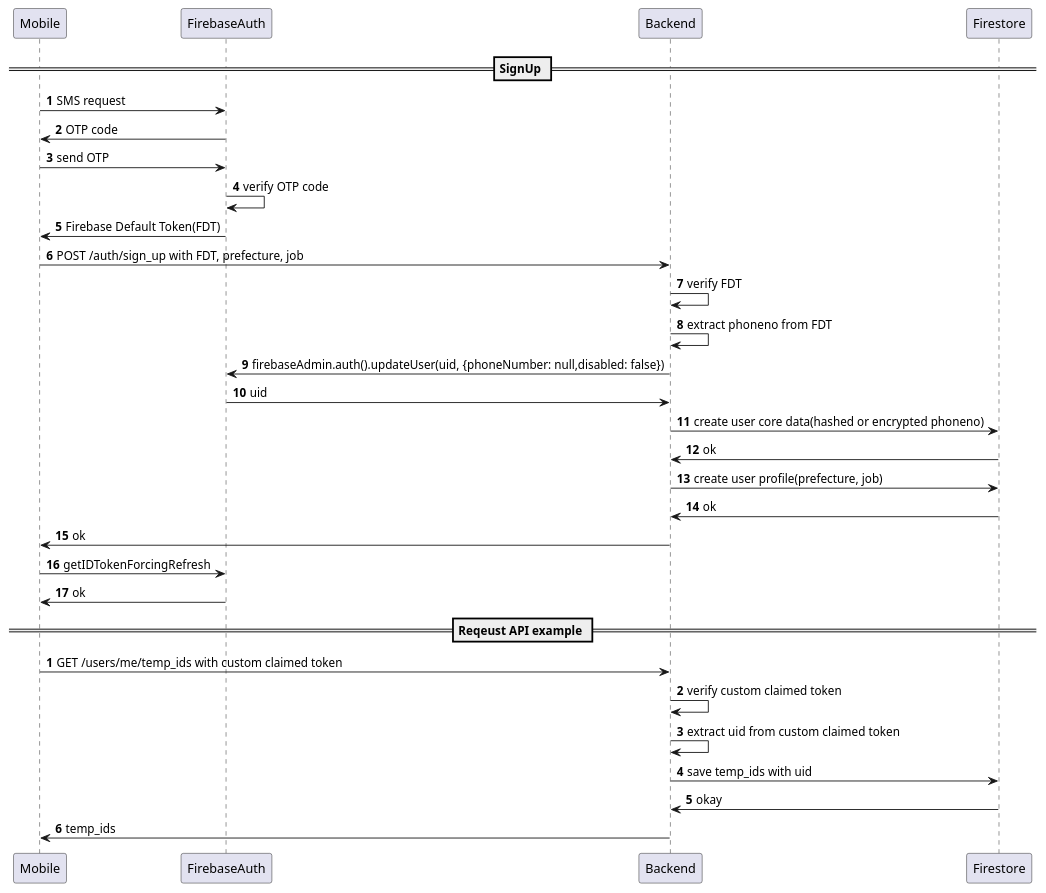
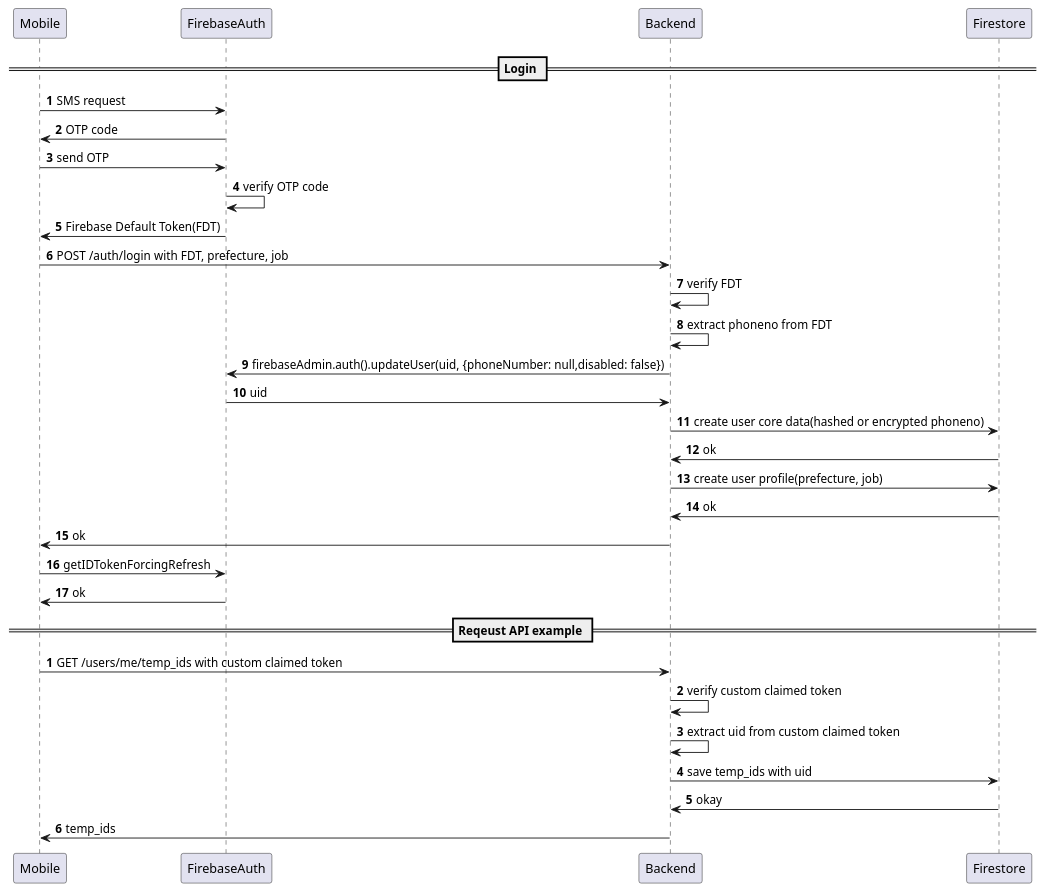
The diagram in docs/auth.pu (mamori-i-japan/mamori-i-japan-api), drawn with PlantUML before and after one commit. The commit also changed 1 other file, not shown here.

Commit message:
change endpoint name from sign_up to login

```diff
--- a/docs/auth.pu
+++ b/docs/auth.pu
@@ -1,35 +1,35 @@
 @startuml
 
-== SignUp ==
+== Login ==
 
 autonumber 1
 
 Mobile  -> FirebaseAuth: SMS request
 FirebaseAuth -> Mobile: OTP code
 Mobile  -> FirebaseAuth: send OTP
 FirebaseAuth -> FirebaseAuth: verify OTP code
 FirebaseAuth -> Mobile: Firebase Default Token(FDT)
-Mobile -> Backend: POST /auth/sign_up with FDT, prefecture, job
+Mobile -> Backend: POST /auth/login with FDT, prefecture, job
 Backend -> Backend: verify FDT
 Backend -> Backend: extract phoneno from FDT
 Backend ->  FirebaseAuth: firebaseAdmin.auth().updateUser(uid, {phoneNumber: null,disabled: false})
 FirebaseAuth -> Backend: uid
 Backend -> Firestore: create user core data(hashed or encrypted phoneno)
 Firestore -> Backend: ok
 Backend -> Firestore: create user profile(prefecture, job)
 Firestore -> Backend: ok
 Backend -> Mobile: ok
 Mobile -> FirebaseAuth: getIDTokenForcingRefresh
 FirebaseAuth -> Mobile: ok
 
 == Reqeust API example ==
 
 autonumber 1
 Mobile -> Backend: GET /users/me/temp_ids with custom claimed token
 Backend -> Backend: verify custom claimed token
 Backend -> Backend: extract uid from custom claimed token
 Backend -> Firestore: save temp_ids with uid
 Firestore -> Backend: okay
 Backend -> Mobile: temp_ids
 
 @enduml
```
